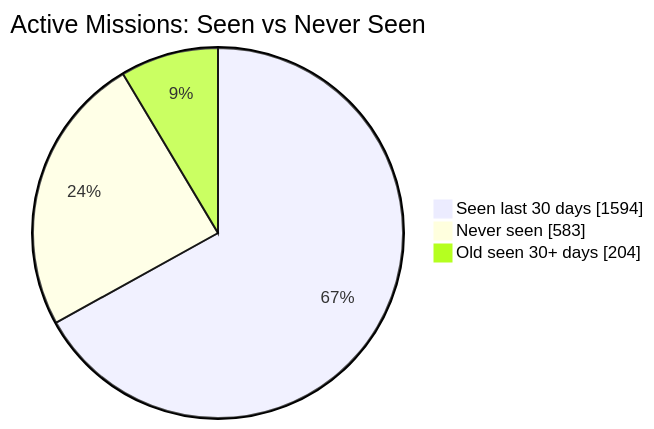
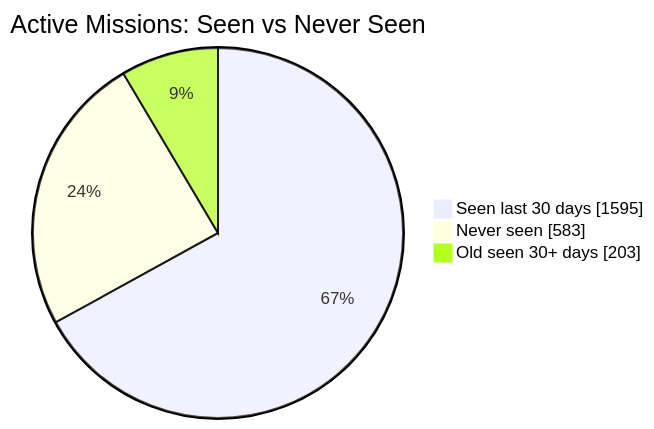
Before and after one commit to MeldkamerspelGameTeam/active-missions: the first of 2 diagrams in README.md, drawn with Mermaid. The commit also changed other lines of this file and 2 other files, not shown here.

````diff
--- a/README.md
+++ b/README.md
@@ -34,7 +34,7 @@
 ```mermaid
 pie showData
     title Active Missions: Seen vs Never Seen
-    "Seen last 30 days" : 1594
+    "Seen last 30 days" : 1595
     "Never seen" : 583
-    "Old seen 30+ days" : 204
+    "Old seen 30+ days" : 203
 ```
````
